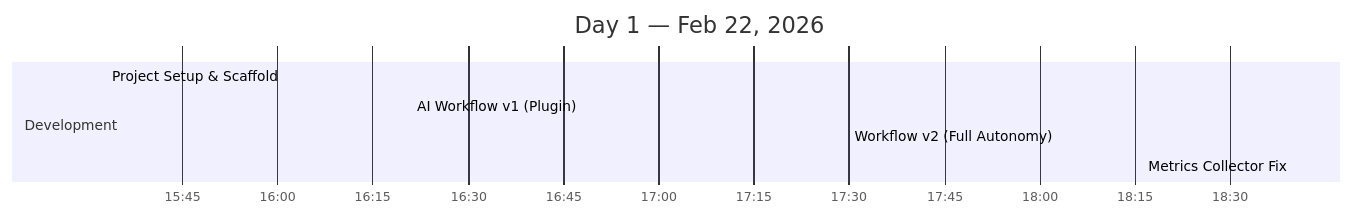
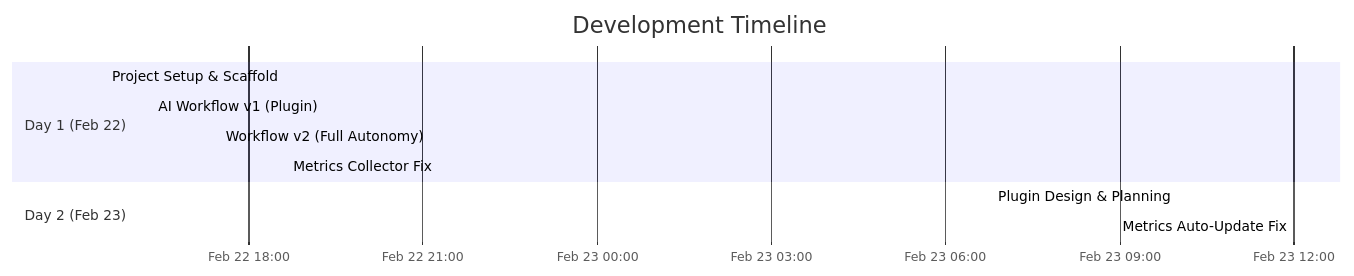
Before and after one commit to atlantdak/claude-code-hackathon-xbo-market-kit: the third of 8 diagrams in README.md, drawn with Mermaid. The commit also changed other lines of this file and 3 other files, not shown here.

First line of the commit message:
fix(metrics): add reliable auto-update via command hook + refresh dashboard

````diff
--- a/README.md
+++ b/README.md
@@ -77,11 +77,14 @@
 ```mermaid
 gantt
-    title Day 1 — Feb 22, 2026
-    dateFormat HH:mm
-    axisFormat %H:%M
-    section Development
-    Project Setup & Scaffold     :done, setup, 15:33, 48min
-    AI Workflow v1 (Plugin)      :done, wf1, 16:21, 51min
-    Workflow v2 (Full Autonomy)  :done, wf2, 17:30, 70min
-    Metrics Collector Fix        :done, fix, 18:40, 14min
+    title Development Timeline
+    dateFormat YYYY-MM-DD HH:mm
+    axisFormat %b %d %H:%M
+    section Day 1 (Feb 22)
+    Project Setup & Scaffold     :done, setup, 2026-02-22 15:33, 48min
+    AI Workflow v1 (Plugin)      :done, wf1, 2026-02-22 16:21, 51min
+    Workflow v2 (Full Autonomy)  :done, wf2, 2026-02-22 17:30, 70min
+    Metrics Collector Fix        :done, fix, 2026-02-22 18:40, 14min
+    section Day 2 (Feb 23)
+    Plugin Design & Planning     :done, plan, 2026-02-23 10:00, 60min
+    Metrics Auto-Update Fix      :active, mfix, 2026-02-23 12:00, 30min
 ```
````
